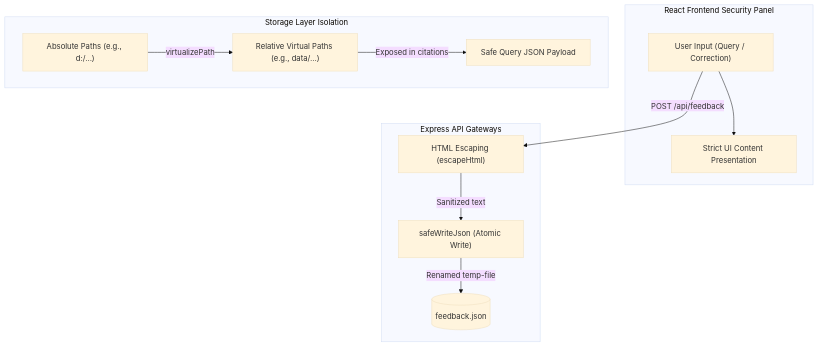
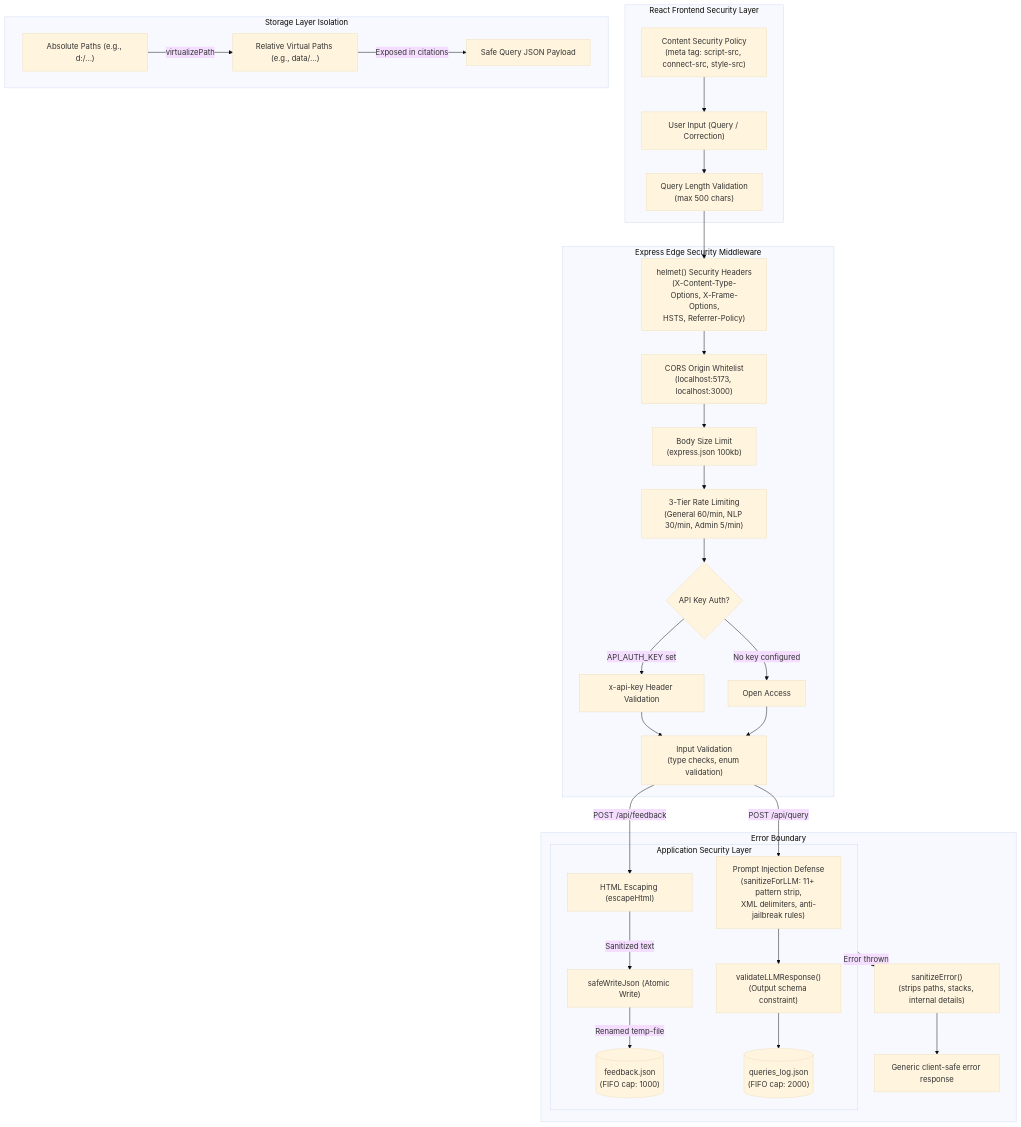
One commit to ksvarre/AetherGrid-Technologies changed the second of 3 diagrams in docs/ARCHITECTURE.md. Above: the diagram before and after it, drawn with Mermaid (base theme). The commit also changed other lines of this file and 18 other files, not shown here.

````diff
--- a/docs/ARCHITECTURE.md
+++ b/docs/ARCHITECTURE.md
@@ -169,18 +170,37 @@
 ```mermaid
 graph TD
-    subgraph UI ["React Frontend Security Panel"]
-        Input["User Input (Query / Correction)"] --> EscapeCheck["Strict UI Content Presentation"]
+    subgraph Frontend ["React Frontend Security Layer"]
+        CSP["Content Security Policy<br>(meta tag: script-src, connect-src, style-src)"] --> Input["User Input (Query / Correction)"]
+        Input --> QueryVal["Query Length Validation<br>(max 500 chars)"]
     end
 
-    subgraph BackendGate ["Express API Gateways"]
-        Input -->|POST /api/feedback| Esc["HTML Escaping (escapeHtml)"]
+    subgraph EdgeGate ["Express Edge Security Middleware"]
+        QueryVal --> Helmet["helmet() Security Headers<br>(X-Content-Type-Options, X-Frame-Options,<br>HSTS, Referrer-Policy)"]
+        Helmet --> CORS["CORS Origin Whitelist<br>(localhost:5173, localhost:3000)"]
+        CORS --> BodyLimit["Body Size Limit<br>(express.json 100kb)"]
+        BodyLimit --> RateLimit["3-Tier Rate Limiting<br>(General 60/min, NLP 30/min, Admin 5/min)"]
+        RateLimit --> AuthGate{"API Key Auth?"}
+        AuthGate -->|API_AUTH_KEY set| KeyCheck["x-api-key Header Validation"]
+        AuthGate -->|No key configured| PassThrough["Open Access"]
+        KeyCheck & PassThrough --> InputVal["Input Validation<br>(type checks, enum validation)"]
+    end
+
+    subgraph AppLogic ["Application Security Layer"]
+        InputVal -->|POST /api/feedback| Esc["HTML Escaping (escapeHtml)"]
+        InputVal -->|POST /api/query| PromptDef["Prompt Injection Defense<br>(sanitizeForLLM: 11+ pattern strip,<br>XML delimiters, anti-jailbreak rules)"]
+        PromptDef --> LLMVal["validateLLMResponse()<br>(Output schema constraint)"]
         Esc -->|Sanitized text| DBWriter["safeWriteJson (Atomic Write)"]
-        
-        DBWriter -->|Renamed temp-file| FeedbackDB[("feedback.json")]
+        DBWriter -->|Renamed temp-file| FeedbackDB[("feedback.json<br>(FIFO cap: 1000)")]
+        LLMVal --> QueryLog[("queries_log.json<br>(FIFO cap: 2000)")]
+    end
+
+    subgraph ErrorGate ["Error Boundary"]
+        AppLogic -->|Error thrown| ErrSan["sanitizeError()<br>(strips paths, stacks, internal details)"]
+        ErrSan --> SafeErr["Generic client-safe error response"]
     end
 
     subgraph StorageGate ["Storage Layer Isolation"]
         FS["Absolute Paths (e.g., d:/...)"] -->|virtualizePath| RelPath["Relative Virtual Paths (e.g., data/...)"]
         RelPath -->|Exposed in citations| SearchResponse["Safe Query JSON Payload"]
     end
 ```
````
